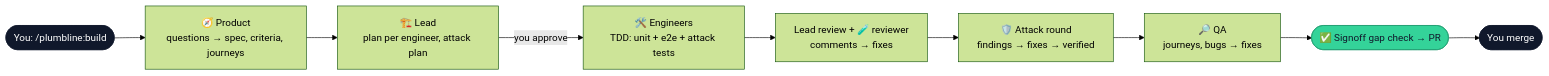
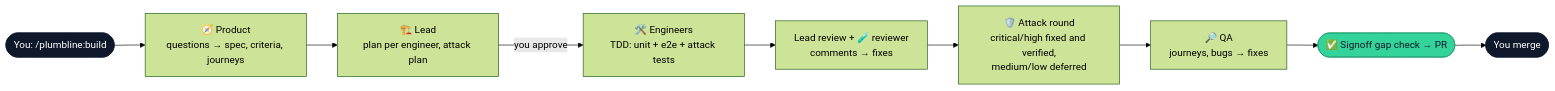
The diagram in README.md (safiullah7/plumbline), drawn with Mermaid (forest theme) before and after one commit. The commit also changed other lines of this file and 52 other files, not shown here.

````diff
--- a/README.md
+++ b/README.md
@@ -184,16 +184,16 @@
 ```mermaid
 flowchart LR
     U(["You: /plumbline:build"]) --> P["🧭 Product<br/>questions → spec, criteria, journeys"]
     P --> L["🏗️ Lead<br/>plan per engineer, attack plan"]
     L -->|"you approve"| B["🛠️ Engineers<br/>TDD: unit + e2e + attack tests"]
     B --> R["Lead review + 🧪 reviewer<br/>comments → fixes"]
-    R --> A["🛡️ Attack round<br/>findings → fixes → verified"]
+    R --> A["🛡️ Attack round<br/>critical/high fixed and verified,<br/>medium/low deferred"]
     A --> Q["🔎 QA<br/>journeys, bugs → fixes"]
     Q --> S(["✅ Signoff gap check → PR"])
     S --> M(["You merge"])
 
     classDef you fill:#10182B,color:#fff,stroke:#10182B;
     classDef gate fill:#34D399,color:#10182B,stroke:#1f9e70;
     class U,M you;
     class S gate;
 ```
````
